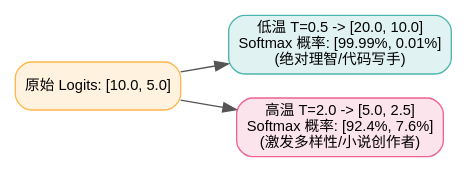
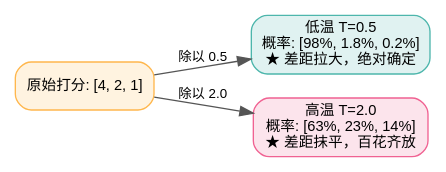
Before and after one commit to hqu-little-boy/blog: the second of 3 diagrams in src/content/posts/dl-operators-11-sampling-and-decoding-strategies-guide.md, drawn with Graphviz. The commit also changed other lines of this file and 11 other files, not shown here.

````diff
--- a/src/content/posts/dl-operators-11-sampling-and-decoding-strategies-guide.md
+++ b/src/content/posts/dl-operators-11-sampling-and-decoding-strategies-guide.md
@@ -125,14 +94,14 @@
 ```graphviz
-digraph TemperatureEffect {
+digraph TempComparison {
     rankdir=LR;
     node [fontname="Helvetica,Arial,sans-serif", fontsize=11, shape=rect, style="rounded,filled", fillcolor="#f0f4f8", color="#b0c4de"];
     edge [fontname="Helvetica,Arial,sans-serif", fontsize=10, color="#555555"];
 
-    raw [label="原始 Logits: [10.0, 5.0]", fillcolor="#fff3e0", color="#ffb74d"];
-    t_low [label="低温 T=0.5 -> [20.0, 10.0]\nSoftmax 概率: [99.99%, 0.01%]\n(绝对理智/代码写手)", fillcolor="#e0f2f1", color="#4db6ac"];
-    t_high [label="高温 T=2.0 -> [5.0, 2.5]\nSoftmax 概率: [92.4%, 7.6%]\n(激发多样性/小说创作者)", fillcolor="#fce4ec", color="#f06292"];
+    raw [label="原始打分: [4, 2, 1]", fillcolor="#fff3e0", color="#ffb74d"];
+    t_cold [label="低温 T=0.5\n概率: [98%, 1.8%, 0.2%]\n★ 差距拉大，绝对确定", fillcolor="#e0f2f1", color="#4db6ac"];
+    t_hot [label="高温 T=2.0\n概率: [63%, 23%, 14%]\n★ 差距抹平，百花齐放", fillcolor="#fce4ec", color="#f06292"];
 
-    raw -> t_low;
-    raw -> t_high;
+    raw -> t_cold [label="除以 0.5"];
+    raw -> t_hot [label="除以 2.0"];
 }
 ```
````
